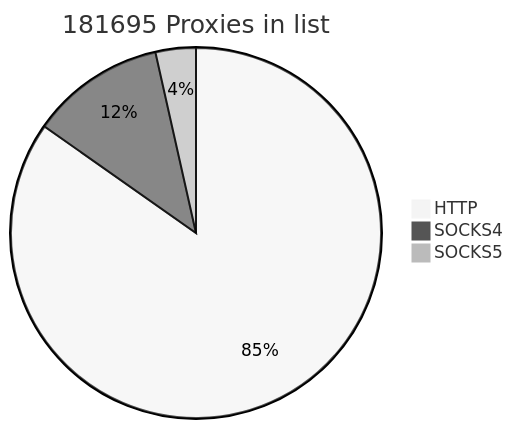
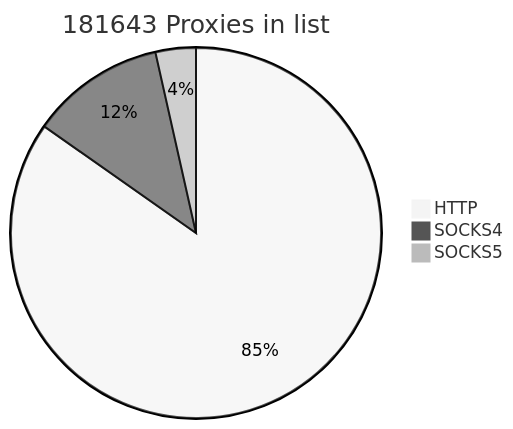
Before and after one commit to cutipu/proxylist: the first of 2 diagrams in README.md, drawn with Mermaid (neutral theme). The commit also changed other lines of this file, not shown here.

````diff
--- a/README.md
+++ b/README.md
@@ -2,7 +2,7 @@
 ```mermaid
-pie title 181695 Proxies in list
-    "HTTP" : 153999
-    "SOCKS4" : 21305
-    "SOCKS5" : 6391
+pie title 181643 Proxies in list
+    "HTTP" : 153941
+    "SOCKS4" : 21310
+    "SOCKS5" : 6392
             
 ```
````
